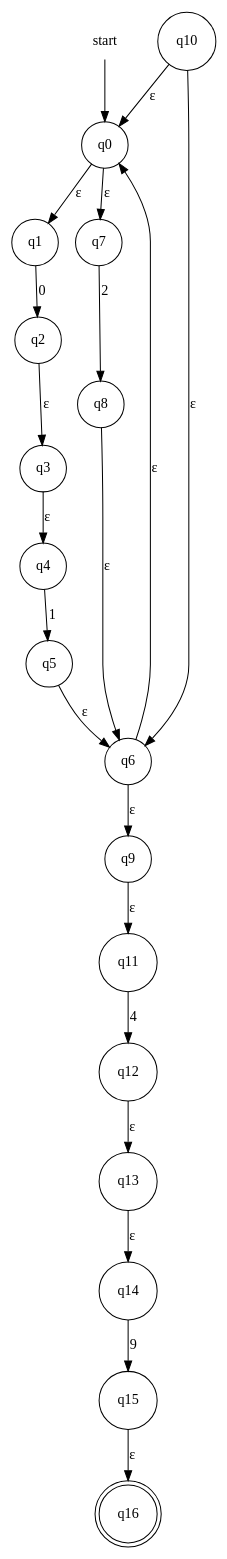
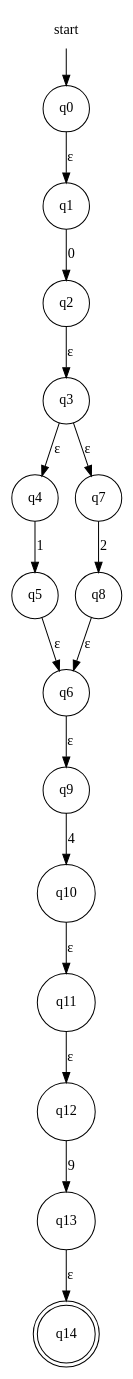
One commit to evertheylen/TA_TO changed the diagram in fase1/RE-eNFA/regex_9.dot. Above: the diagram before and after it, drawn with Graphviz. The commit also changed 13 other files, not shown here.

```diff
--- a/fase1/RE-eNFA/regex_9.dot
+++ b/fase1/RE-eNFA/regex_9.dot
@@ -1,25 +1,21 @@
 digraph automaton {
     node [shape=none]; start;
-    node [shape=doublecircle]; "q16";
+    node [shape=doublecircle]; "q14";
     node [shape=circle];
     start -> "q0";
     "q0" -> "q1" [label="&epsilon;"];
-    "q0" -> "q7" [label="&epsilon;"];
     "q1" -> "q2" [label="0"];
     "q2" -> "q3" [label="&epsilon;"];
     "q3" -> "q4" [label="&epsilon;"];
+    "q3" -> "q7" [label="&epsilon;"];
     "q4" -> "q5" [label="1"];
     "q5" -> "q6" [label="&epsilon;"];
-    "q6" -> "q0" [label="&epsilon;"];
     "q6" -> "q9" [label="&epsilon;"];
     "q7" -> "q8" [label="2"];
     "q8" -> "q6" [label="&epsilon;"];
-    "q9" -> "q11" [label="&epsilon;"];
-    "q10" -> "q0" [label="&epsilon;"];
-    "q10" -> "q6" [label="&epsilon;"];
-    "q11" -> "q12" [label="4"];
-    "q12" -> "q13" [label="&epsilon;"];
+    "q9" -> "q10" [label="4"];
+    "q10" -> "q11" [label="&epsilon;"];
+    "q11" -> "q12" [label="&epsilon;"];
+    "q12" -> "q13" [label="9"];
     "q13" -> "q14" [label="&epsilon;"];
-    "q14" -> "q15" [label="9"];
-    "q15" -> "q16" [label="&epsilon;"];
 }
```
